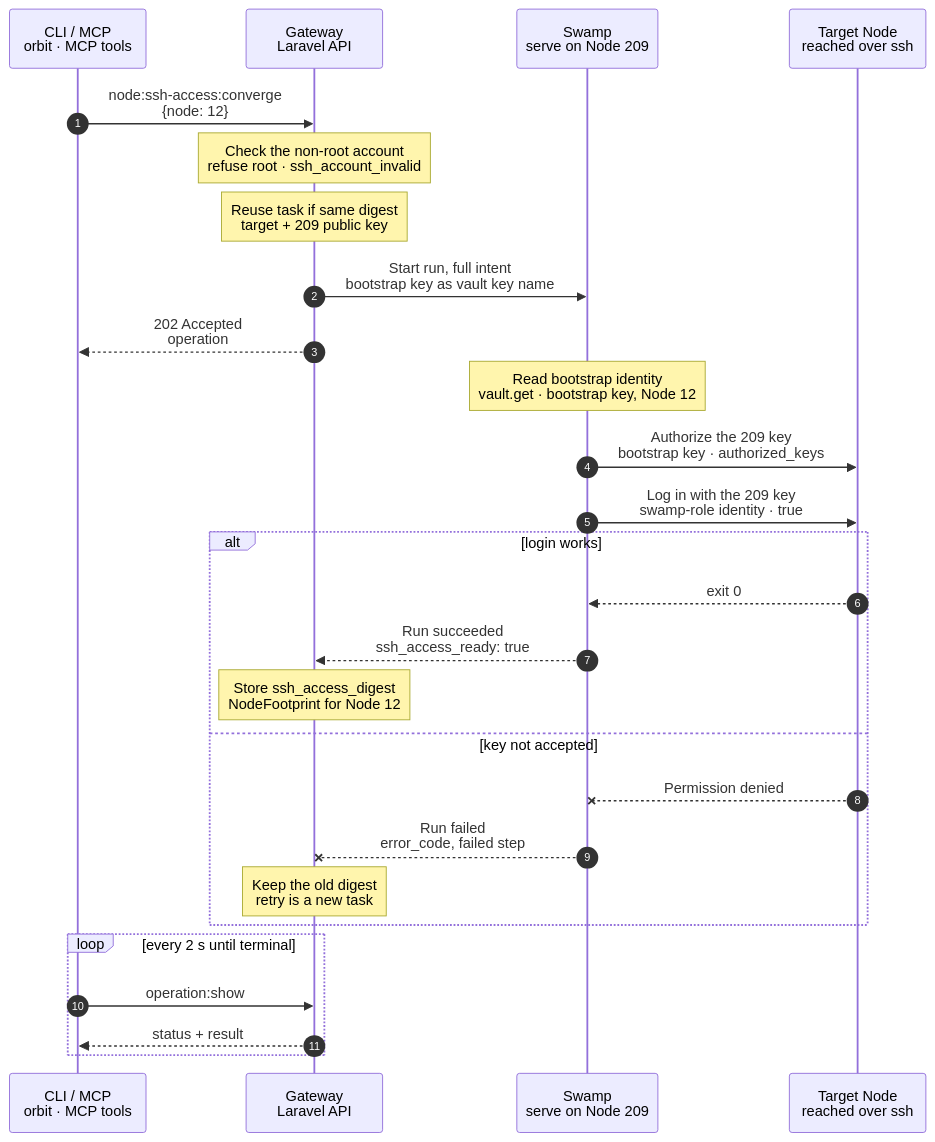
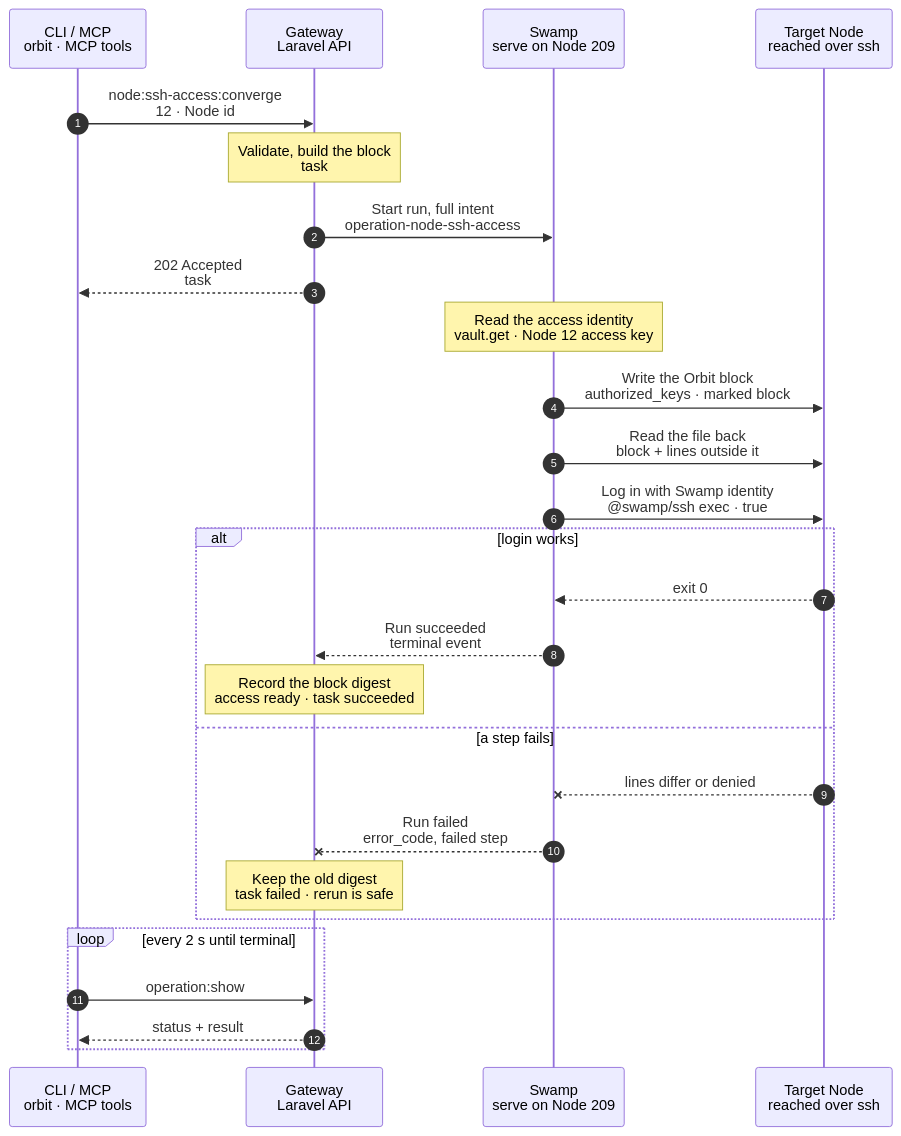
One commit to hardimpactdev/orbit changed the diagram in docs/flows/node.ssh_access_converge.mmd. Above: the diagram before and after it, drawn with Mermaid. The commit also changed 3 other files, not shown here.

First line of the commit message:
docs(flows): wave 2 Node charts in the agreed format (#2435)

```diff
--- a/docs/flows/node.ssh_access_converge.mmd
+++ b/docs/flows/node.ssh_access_converge.mmd
@@ -1,33 +1,113 @@
 sequenceDiagram
-  %% Target design: ADR 0244 task + DECISIONS 5 (one swamp-role SSH identity) and R3 (vault key names).
+  %% Target design: ADR 0244 task, DECISIONS R2-R4 and 5 (one swamp-role SSH identity); Orbit owns only its marked authorized_keys block (Nov 1 incident).
   %% status: draft
+  %% command: node:ssh-access:converge
   autonumber
   %% lane CLI icon=terminal pill=caller tone=gray
   %% lane GW icon=gateway pill=intent tone=blue
   %% lane SW icon=workflow pill=executes tone=green
   %% lane N icon=server pill=target tone=amber
   participant CLI as CLI / MCP<br/>orbit · MCP tools
   participant GW as Gateway<br/>Laravel API
   participant SW as Swamp<br/>serve on Node 209
   participant N as Target Node<br/>reached over ssh
-  CLI->>GW: node:ssh-access:converge<br/>{node: 12}
-  Note over GW: Check the non-root account<br/>refuse root · ssh_account_invalid
-  Note over GW: Reuse task if same digest<br/>target + 209 public key
-  GW->>SW: Start run, full intent<br/>bootstrap key as vault key name
-  GW-->>CLI: 202 Accepted<br/>operation #5133
-  Note over SW: Read bootstrap identity<br/>vault.get · bootstrap key, Node 12
-  SW->>N: Authorize the 209 key<br/>bootstrap key · authorized_keys
-  SW->>N: Log in with the 209 key<br/>swamp-role identity · true
+  CLI->>GW: node:ssh-access:converge<br/>12 · Node id
+  %%> Command:
+  %%> - MCP tool `node-ssh-access-converge` with node `12`; API `POST /nodes/12/ssh-access/converge`
+  %%> - syntax: `<node>`
+  %%> Input:
+  %%> - the Node only; the keys come from Orbit's records, never from the request
+  %%> What it does:
+  %%> - makes Node 12's managed account accept the Swamp Node's SSH identity and the operator keys recorded in Orbit
+  %%> - keeps every other key in `authorized_keys` exactly as it is
+  %%> Who can call it:
+  %%> - the MCP tool and the API; the `orbit` CLI has no command for it yet
+  Note over GW: Validate, build the block<br/>task #5133 · Node 12
+  %%> Requirements:
+  %%> - your Node has an access grant to Node 12
+  %%> - Node 12 is an active, managed Linux Node with stored SSH host keys
+  %%> - its managed account is not `root`
+  %%> - no other SSH access change runs for Node 12; the Gateway holds one lock per Node
+  %%> Builds:
+  %%> - the Orbit block: the `swamp` role's public key from Node 209, then each operator key recorded in Orbit, in a stable order
+  %%> - the block's digest
+  %%> Reuse:
+  %%> - a succeeded or running task with the same digest for Node 12 is returned instead of a new one
+  %%> Result:
+  %%> - task #5133 recorded with the full intent; no private key in it
+  GW->>SW: Start run, full intent<br/>operation-node-ssh-access
+  %%> What it does:
+  %%> - starts one Swamp run on serve (Node 209)
+  %%> Inputs:
+  %%> - the block's lines and digest, and the managed account
+  %%> - Node 12's address and SSH host keys
+  %%> - the vault key name of Node 12's access identity, never the key itself (R3)
+  GW-->>CLI: 202 Accepted<br/>task #5133
+  %%> What you get:
+  %%> - the task number, at once
+  %%> Next:
+  %%> - the CLI follows the task with `operation:show`
+  Note over SW: Read the access identity<br/>vault.get · Node 12 access key
+  %%> What it does:
+  %%> - reads the identity that Node 12 already accepts from the Swamp vault
+  %%> Why:
+  %%> - the new Swamp identity may not be accepted yet, for example after it was replaced
+  SW->>N: Write the Orbit block<br/>authorized_keys · marked block
+  %%> What it does:
+  %%> - replaces only the lines between `# BEGIN Orbit managed keys` and `# END Orbit managed keys`
+  %%> - adds the block at the end of the file when it is missing
+  %%> - writes a temporary file and renames it, keeping owner and mode `0600`; an identical block writes nothing
+  %%> Never:
+  %%> - removes, reorders or changes a line outside the block
+  %%> - a key that also sits outside the block stays there
+  %%> Refuses:
+  %%> - a file with broken markers, such as two BEGIN lines or no END line; then nothing is written
+  %%> How:
+  %%> - a tracked script through `@swamp/ssh` from 209, as the managed account
+  SW->>N: Read the file back<br/>block + lines outside it
+  %%> What it does:
+  %%> - checks that the block holds exactly the intended keys
+  %%> - checks that the lines outside the block equal the lines before the write
+  %%> Why:
+  %%> - proves that no operator key outside the block was lost
+  SW->>N: Log in with Swamp identity<br/>@swamp/ssh exec · true
+  %%> What it does:
+  %%> - opens a new SSH session with the `swamp` role identity only, and runs `true`
+  %%> Why:
+  %%> - access only counts as ready when the Swamp identity really logs in
   alt login works
     N-->>SW: exit 0
-    SW-->>GW: Run succeeded<br/>ssh_access_ready: true
-    Note over GW: Store ssh_access_digest<br/>NodeFootprint for Node 12
-  else key not accepted
-    N--xSW: Permission denied
+    %%> Returns:
+    %%> - every check passed
+    SW-->>GW: Run succeeded<br/>terminal event
+    %%> How the Gateway learns it:
+    %%> - its shared run reader sees the terminal event; Swamp never calls the Gateway
+    Note over GW: Record the block digest<br/>access ready · task succeeded
+    %%> Result:
+    %%> - Node 12's SSH access digest is the new block's digest
+    %%> - task #5133 succeeds
+  else a step fails
+    N--xSW: lines differ or denied
+    %%> When:
+    %%> - the markers are broken, the read-back differs, or the Swamp identity is refused
     SW--xGW: Run failed<br/>error_code, failed step
-    Note over GW: Keep the old digest<br/>retry is a new task
+    %%> The Gateway reads:
+    %%> - which step failed and its error code
+    Note over GW: Keep the old digest<br/>task failed · rerun is safe
+    %%> Result:
+    %%> - Node 12's recorded SSH access stays as it was
+    %%> - task #5133 fails
+    %%> On the Node:
+    %%> - a written block stays; there is no rollback
+    %%> - keys outside the block are never touched, so operator access stays
+    %%> Retry:
+    %%> - run the same command again after fixing the cause; it rewrites only the block
   end
   loop every 2 s until terminal
-    CLI->>GW: operation:show #OP
+    CLI->>GW: operation:show #5133
+    %%> What it does:
+    %%> - asks for the task's status every 2 seconds until it has ended
     GW-->>CLI: status + result
+    %%> Returns:
+    %%> - the current status, and the result once the task has ended
   end
```
